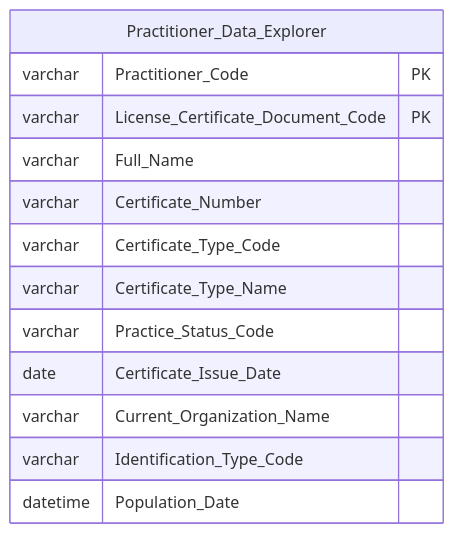
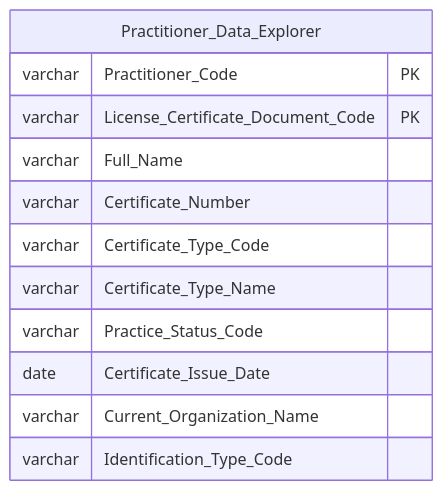
Diagram 38 of 40 in Datamart/hld/DTM_NHNCK_HLD.md (linhlvit/ubck_atomic_design), drawn with Mermaid before and after one commit. The commit also changed other lines of this file and 13 other files, not shown here.

````diff
--- a/Datamart/hld/DTM_NHNCK_HLD.md
+++ b/Datamart/hld/DTM_NHNCK_HLD.md
@@ -1609,16 +1613,16 @@
 ```mermaid
 erDiagram
     Practitioner_Data_Explorer {
         varchar Practitioner_Code PK
         varchar License_Certificate_Document_Code PK
         varchar Full_Name
         varchar Certificate_Number
         varchar Certificate_Type_Code
         varchar Certificate_Type_Name
         varchar Practice_Status_Code
         date Certificate_Issue_Date
         varchar Current_Organization_Name
         varchar Identification_Type_Code
-        datetime Population_Date
+
     }
 ```
````
